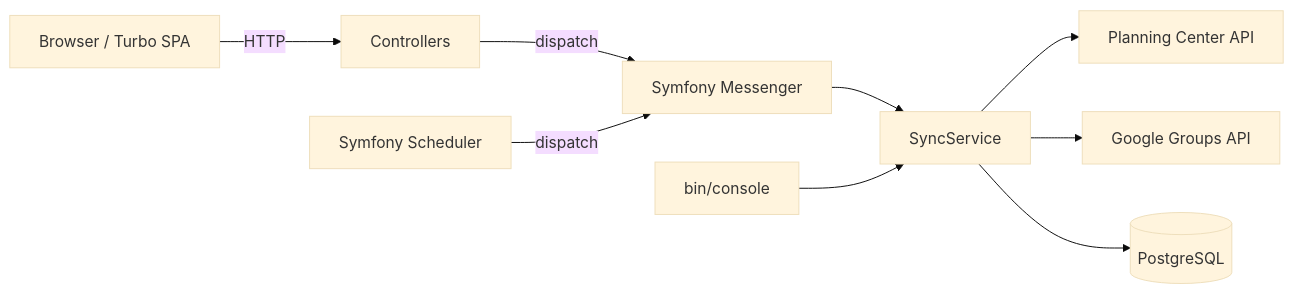
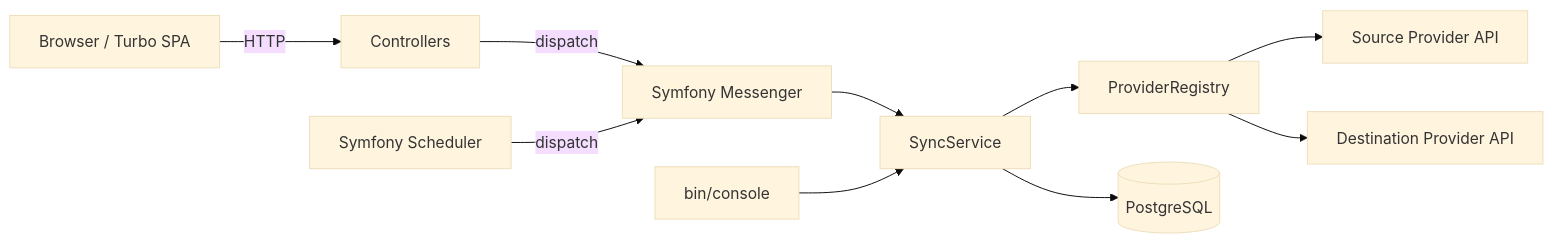
Before and after one commit to nrutman/contacts-sync-web: the first of 2 diagrams in src/README.md, drawn with Mermaid (base theme). The commit also changed other lines of this file and 61 other files, not shown here.

````diff
--- a/src/README.md
+++ b/src/README.md
@@ -7,11 +7,12 @@
 ```mermaid
 flowchart LR
     Browser[Browser / Turbo SPA] -->|HTTP| Controllers
     Controllers -->|dispatch| Messenger[Symfony Messenger]
     Messenger --> SyncService
     CLI[bin/console] --> SyncService
-    SyncService --> PC[Planning Center API]
-    SyncService --> Google[Google Groups API]
+    SyncService --> Registry[ProviderRegistry]
+    Registry --> Source[Source Provider API]
+    Registry --> Dest[Destination Provider API]
     SyncService --> DB[(PostgreSQL)]
     Scheduler[Symfony Scheduler] -->|dispatch| Messenger
 ```
````
